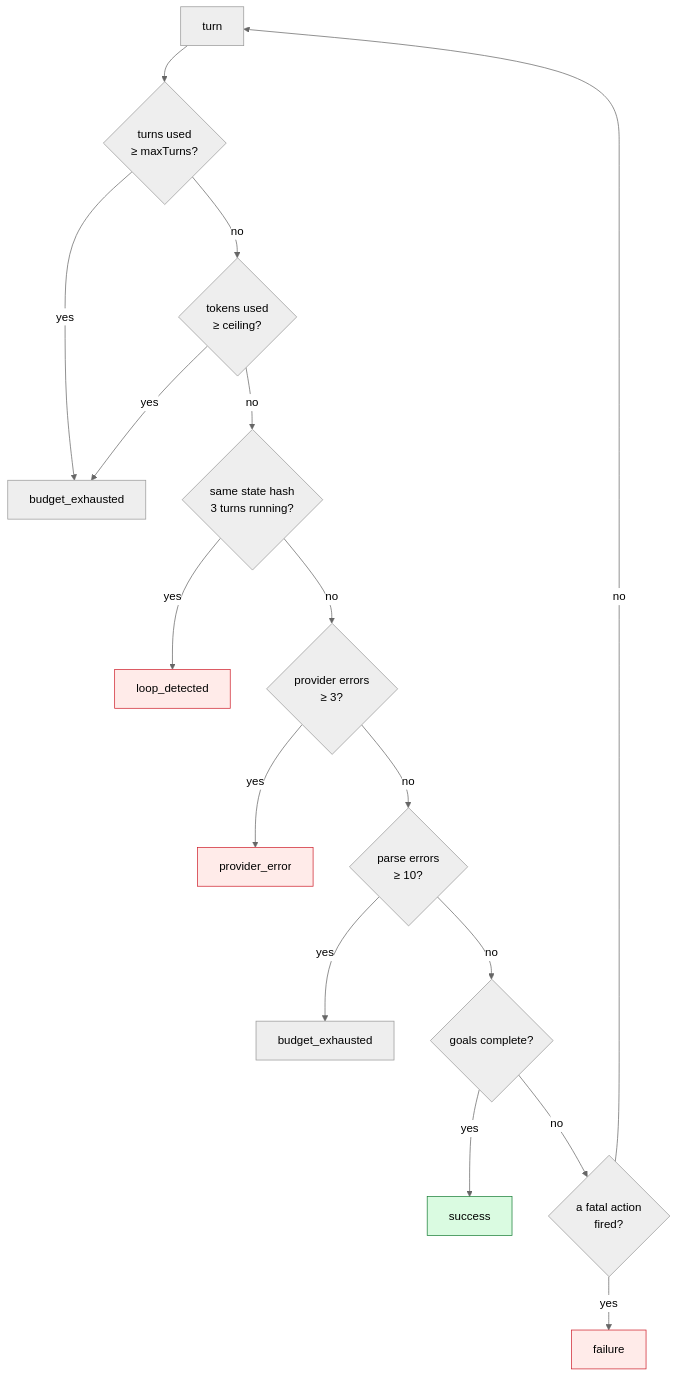
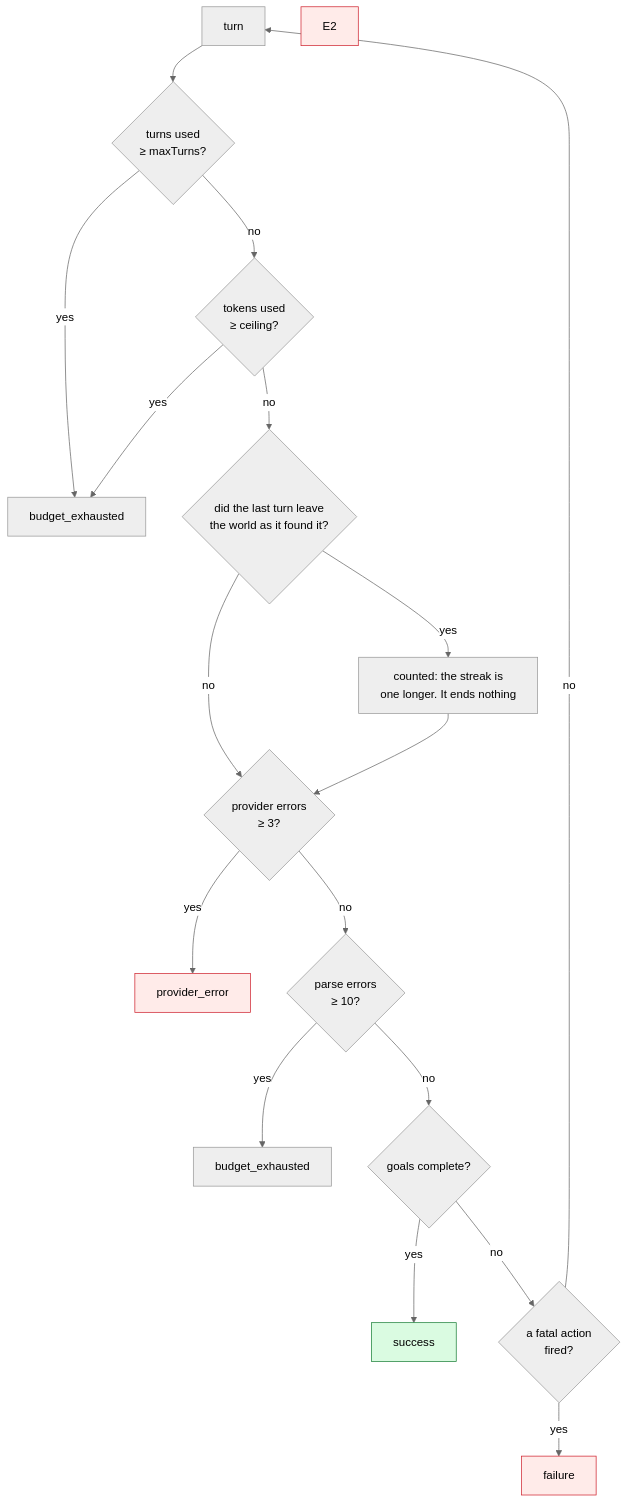
One commit to gyrum-labs/research-text-adventure-ai changed the ninth of 17 diagrams in docs/DIAGRAMS.md. Above: the diagram before and after it, drawn with Mermaid (neutral theme). The commit also changed other lines of this file and 12 other files, not shown here.

````diff
--- a/docs/DIAGRAMS.md
+++ b/docs/DIAGRAMS.md
@@ -325,23 +330,24 @@
 ```mermaid
 flowchart TD
     T["turn"] --> B1{"turns used<br/>≥ maxTurns?"}
     B1 -- yes --> E1["budget_exhausted"]
     B1 -- no --> B2{"tokens used<br/>≥ ceiling?"}
     B2 -- yes --> E1
-    B2 -- no --> B3{"same state hash<br/>3 turns running?"}
-    B3 -- yes --> E2["loop_detected"]
+    B2 -- no --> B3{"did the last turn leave<br/>the world as it found it?"}
+    B3 -- yes --> C1["counted: the streak is<br/>one longer. It ends nothing"]
     B3 -- no --> B4{"provider errors<br/>≥ 3?"}
+    C1 --> B4
     B4 -- yes --> E3["provider_error"]
     B4 -- no --> B5{"parse errors<br/>≥ 10?"}
     B5 -- yes --> E4["budget_exhausted"]
     B5 -- no --> B6{"goals complete?"}
     B6 -- yes --> OK["success"]
     B6 -- no --> B7{"a fatal action<br/>fired?"}
     B7 -- yes --> E5["failure"]
     B7 -- no --> T
 
     style OK fill:#dafbe1,stroke:#1a7f37
     style E5 fill:#ffebe9,stroke:#cf222e
     style E2 fill:#ffebe9,stroke:#cf222e
     style E3 fill:#ffebe9,stroke:#cf222e
 ```
````
